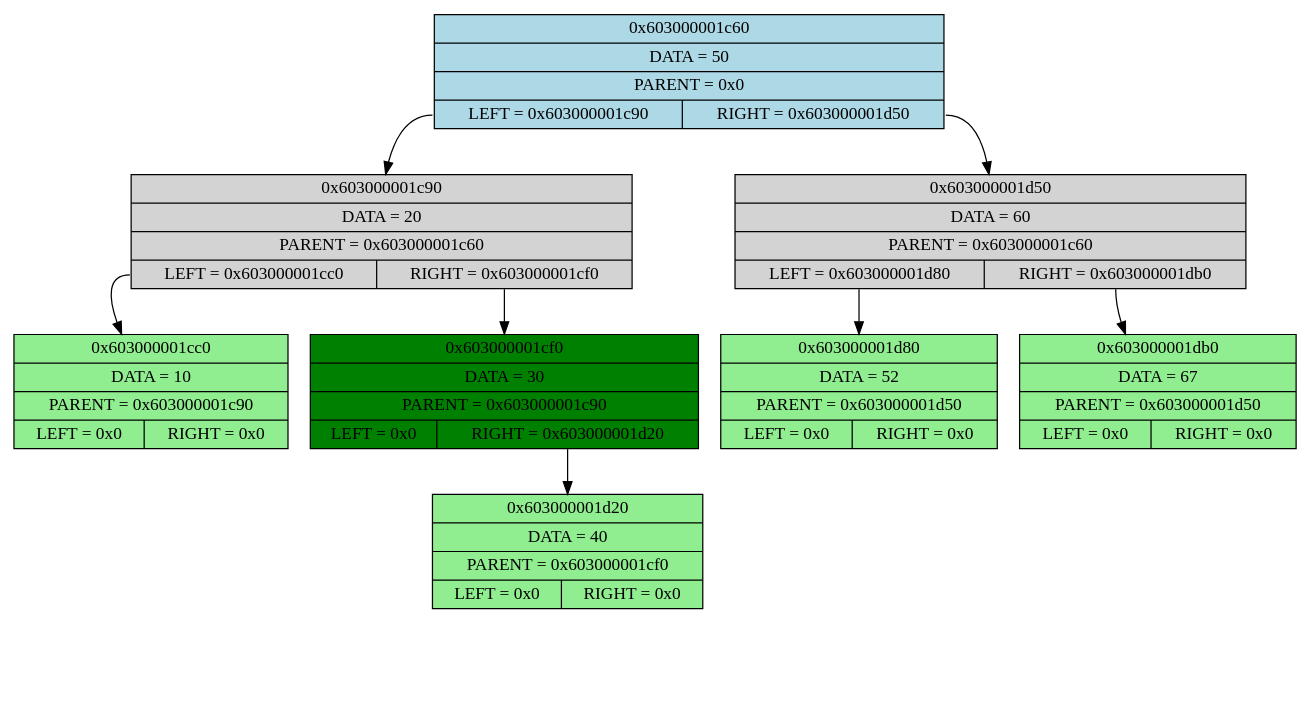
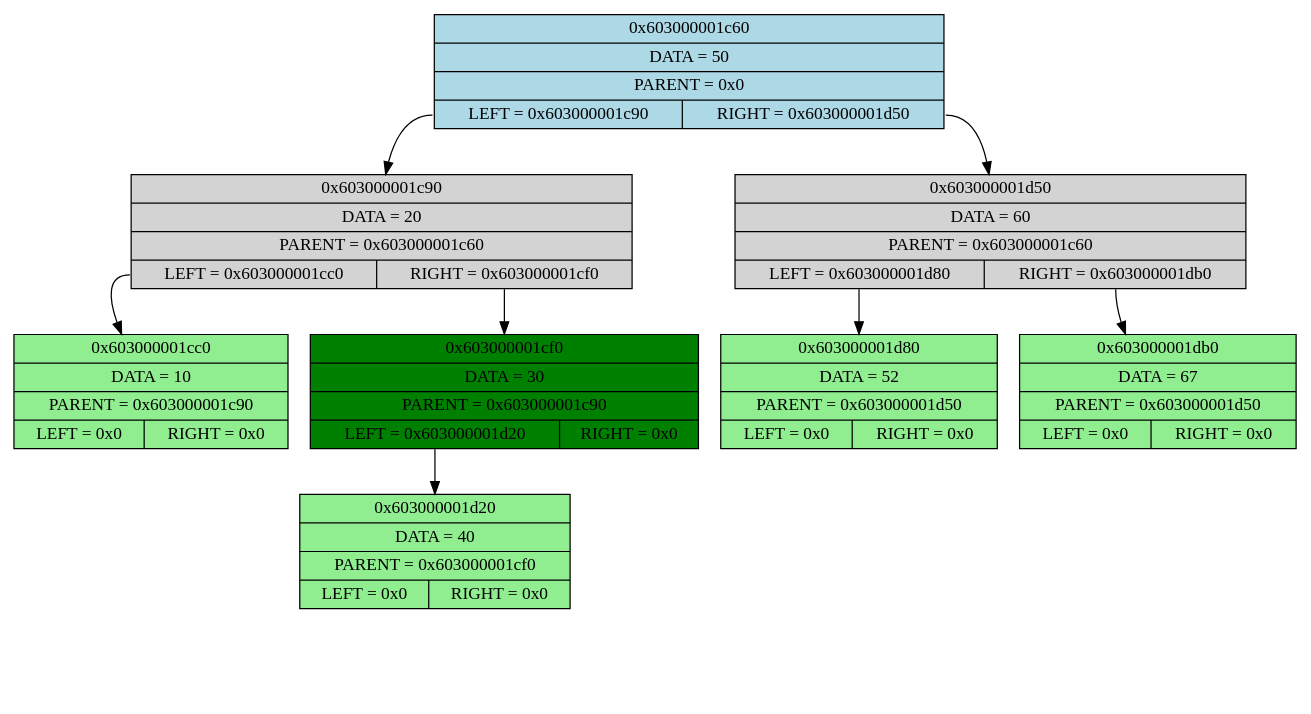
Before and after one commit to Leonid256/Bin_Tree: the diagram in tree.dot, drawn with Graphviz. The commit also changed 6 other files, not shown here.

```diff
--- a/tree.dot
+++ b/tree.dot
@@ -1,38 +1,38 @@
 digraph Tree
 {
 	ordering = out;
 	node [shape = record];
 	n_0x603000001c60 [style = filled, fillcolor = lightblue, label = "{ 0x603000001c60 | DATA = 50 | PARENT = 0x0 | { <l> LEFT = 0x603000001c90 | <r> RIGHT = 0x603000001d50}}"];
 	n_0x603000001c60:l -> n_0x603000001c90;
 	n_0x603000001c90 [style = filled, fillcolor = lightgrey, label = "{ 0x603000001c90 | DATA = 20 | PARENT = 0x603000001c60 | { <l> LEFT = 0x603000001cc0 | <r> RIGHT = 0x603000001cf0}}"];
 	n_0x603000001c90:l -> n_0x603000001cc0;
 	n_0x603000001cc0 [style = filled, fillcolor = lightgreen, label = "{ 0x603000001cc0 | DATA = 10 | PARENT = 0x603000001c90 | { <l> LEFT = 0x0 | <r> RIGHT = 0x0}}"];
 	nl_0x603000001cc0 [style = invis, label = "", width = 0];
 	n_0x603000001cc0:l -> nl_0x603000001cc0 [style = invis];
 	nr_0x603000001cc0 [style = invis, label = "", width = 0];
 	n_0x603000001cc0:r -> nr_0x603000001cc0 [style = invis];
 	n_0x603000001c90:r -> n_0x603000001cf0;
-	n_0x603000001cf0 [style = filled, fillcolor = green, label = "{ 0x603000001cf0 | DATA = 30 | PARENT = 0x603000001c90 | { <l> LEFT = 0x0 | <r> RIGHT = 0x603000001d20}}"];
-	nl_0x603000001cf0 [style = invis, label = "", width = 0];
-	n_0x603000001cf0:l -> nl_0x603000001cf0 [style = invis];
-	n_0x603000001cf0:r -> n_0x603000001d20;
+	n_0x603000001cf0 [style = filled, fillcolor = green, label = "{ 0x603000001cf0 | DATA = 30 | PARENT = 0x603000001c90 | { <l> LEFT = 0x603000001d20 | <r> RIGHT = 0x0}}"];
+	n_0x603000001cf0:l -> n_0x603000001d20;
 	n_0x603000001d20 [style = filled, fillcolor = lightgreen, label = "{ 0x603000001d20 | DATA = 40 | PARENT = 0x603000001cf0 | { <l> LEFT = 0x0 | <r> RIGHT = 0x0}}"];
 	nl_0x603000001d20 [style = invis, label = "", width = 0];
 	n_0x603000001d20:l -> nl_0x603000001d20 [style = invis];
 	nr_0x603000001d20 [style = invis, label = "", width = 0];
 	n_0x603000001d20:r -> nr_0x603000001d20 [style = invis];
+	nr_0x603000001cf0 [style = invis, label = "", width = 0];
+	n_0x603000001cf0:r -> nr_0x603000001cf0 [style = invis];
 	n_0x603000001c60:r -> n_0x603000001d50;
 	n_0x603000001d50 [style = filled, fillcolor = lightgrey, label = "{ 0x603000001d50 | DATA = 60 | PARENT = 0x603000001c60 | { <l> LEFT = 0x603000001d80 | <r> RIGHT = 0x603000001db0}}"];
 	n_0x603000001d50:l -> n_0x603000001d80;
 	n_0x603000001d80 [style = filled, fillcolor = lightgreen, label = "{ 0x603000001d80 | DATA = 52 | PARENT = 0x603000001d50 | { <l> LEFT = 0x0 | <r> RIGHT = 0x0}}"];
 	nl_0x603000001d80 [style = invis, label = "", width = 0];
 	n_0x603000001d80:l -> nl_0x603000001d80 [style = invis];
 	nr_0x603000001d80 [style = invis, label = "", width = 0];
 	n_0x603000001d80:r -> nr_0x603000001d80 [style = invis];
 	n_0x603000001d50:r -> n_0x603000001db0;
 	n_0x603000001db0 [style = filled, fillcolor = lightgreen, label = "{ 0x603000001db0 | DATA = 67 | PARENT = 0x603000001d50 | { <l> LEFT = 0x0 | <r> RIGHT = 0x0}}"];
 	nl_0x603000001db0 [style = invis, label = "", width = 0];
 	n_0x603000001db0:l -> nl_0x603000001db0 [style = invis];
 	nr_0x603000001db0 [style = invis, label = "", width = 0];
 	n_0x603000001db0:r -> nr_0x603000001db0 [style = invis];
 }
```
